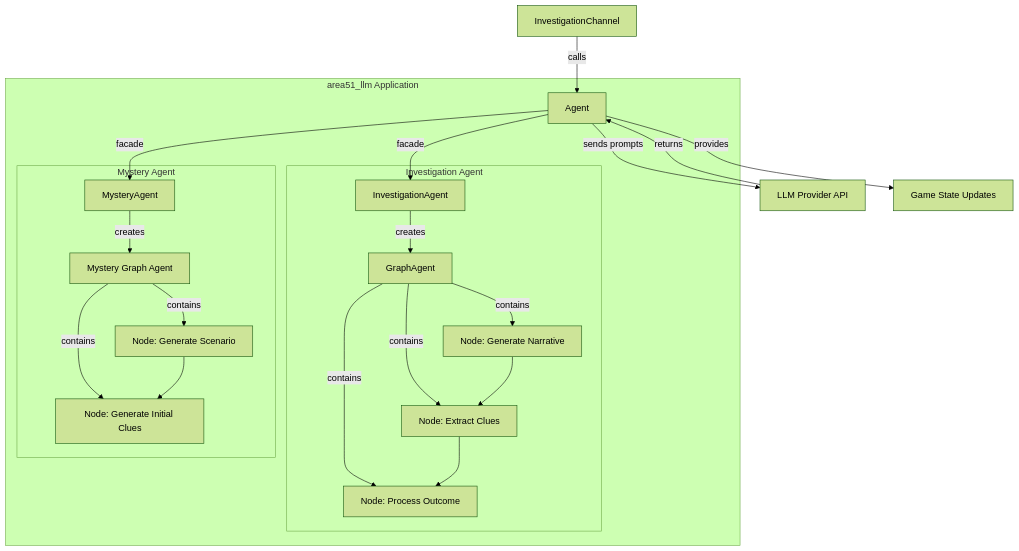
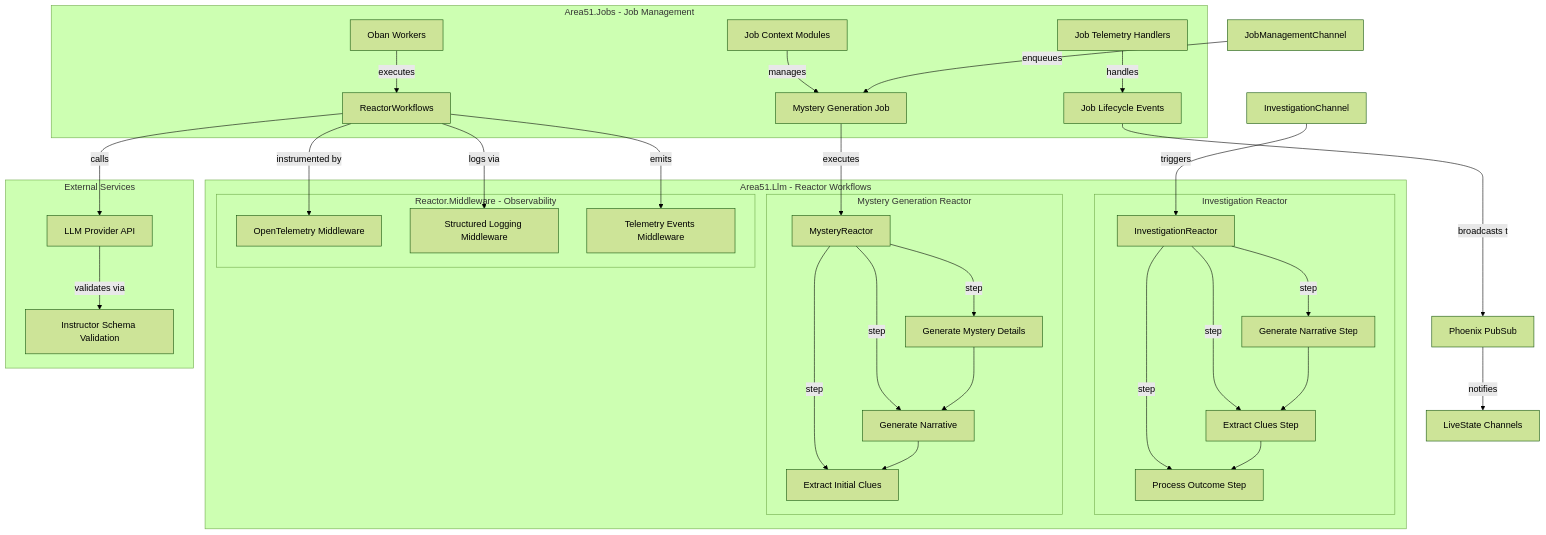
Before and after one commit to lostbean/project51: the third of 4 diagrams in architecture_diagrams.md, drawn with Mermaid (forest theme). The commit also changed other lines of this file and 2 other files, not shown here.

````diff
--- a/architecture_diagrams.md
+++ b/architecture_diagrams.md
@@ -69,27 +86,53 @@
 ```mermaid
 graph TD
-    subgraph "area51_llm Application"
-        Agent--facade-->InvestigationAgent
-        Agent--facade-->MysteryAgent
+    subgraph "Area51.Jobs - Job Management"
+        JobContext[Job Context Modules]
+        TelemetryHandler[Job Telemetry Handlers]
+        ObanWorker[Oban Workers]
+        
+        JobContext--manages-->MysteryGenJob[Mystery Generation Job]
+        TelemetryHandler--handles-->JobEvents[Job Lifecycle Events]
+        ObanWorker--executes-->ReactorWorkflows
+    end
 
-        subgraph "Investigation Agent"
-            InvestigationAgent--creates-->GraphAgent
-            GraphAgent--contains-->GenerateNarrative["Node: Generate Narrative"]
-            GraphAgent--contains-->ExtractClues["Node: Extract Clues"]
-            GraphAgent--contains-->ProcessOutcome["Node: Process Outcome"]
+    subgraph "Area51.Llm - Reactor Workflows"
+        subgraph "Investigation Reactor"
+            InvestigationReactor--step-->GenerateNarrative["Generate Narrative Step"]
+            InvestigationReactor--step-->ExtractClues["Extract Clues Step"]
+            InvestigationReactor--step-->ProcessOutcome["Process Outcome Step"]
             GenerateNarrative-->ExtractClues-->ProcessOutcome
         end
 
-        subgraph "Mystery Agent"
-            MysteryAgent--creates-->MysteryGraph["Mystery Graph Agent"]
-            MysteryGraph--contains-->GenerateScenario["Node: Generate Scenario"]
-            MysteryGraph--contains-->GenerateClues["Node: Generate Initial Clues"]
-            GenerateScenario-->GenerateClues
+        subgraph "Mystery Generation Reactor"
+            MysteryReactor--step-->GenerateDetails["Generate Mystery Details"]
+            MysteryReactor--step-->CreateNarrative["Generate Narrative"]
+            MysteryReactor--step-->ExtractInitialClues["Extract Initial Clues"]
+            GenerateDetails-->CreateNarrative-->ExtractInitialClues
+        end
+
+        subgraph "Reactor.Middleware - Observability"
+            OpenTelemetryMW[OpenTelemetry Middleware]
+            StructuredLogging[Structured Logging Middleware]
+            TelemetryEvents[Telemetry Events Middleware]
         end
     end
 
-    InvestigationChannel--calls-->Agent
-    Agent--sends prompts-->LLMProvider["LLM Provider API"]
-    LLMProvider--returns-->Agent
-    Agent--provides-->GameState["Game State Updates"]
+    subgraph "External Services"
+        LLMProvider["LLM Provider API"]
+        InstructorValidation["Instructor Schema Validation"]
+    end
+
+    InvestigationChannel--triggers-->InvestigationReactor
+    JobManagementChannel--enqueues-->MysteryGenJob
+    MysteryGenJob--executes-->MysteryReactor
+    
+    ReactorWorkflows--instrumented by-->OpenTelemetryMW
+    ReactorWorkflows--logs via-->StructuredLogging
+    ReactorWorkflows--emits-->TelemetryEvents
+    
+    ReactorWorkflows--calls-->LLMProvider
+    LLMProvider--validates via-->InstructorValidation
+    
+    JobEvents--broadcasts to-->PubSub[Phoenix PubSub]
+    PubSub--notifies-->LiveStateChannels[LiveState Channels]
 ```
````
